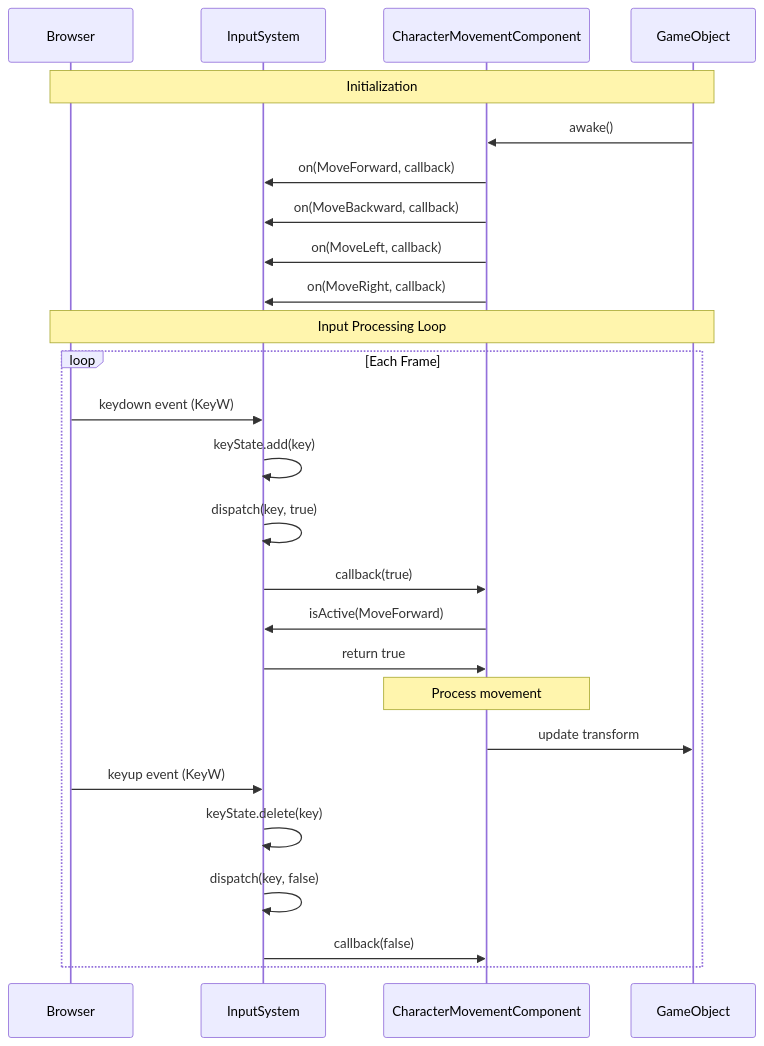
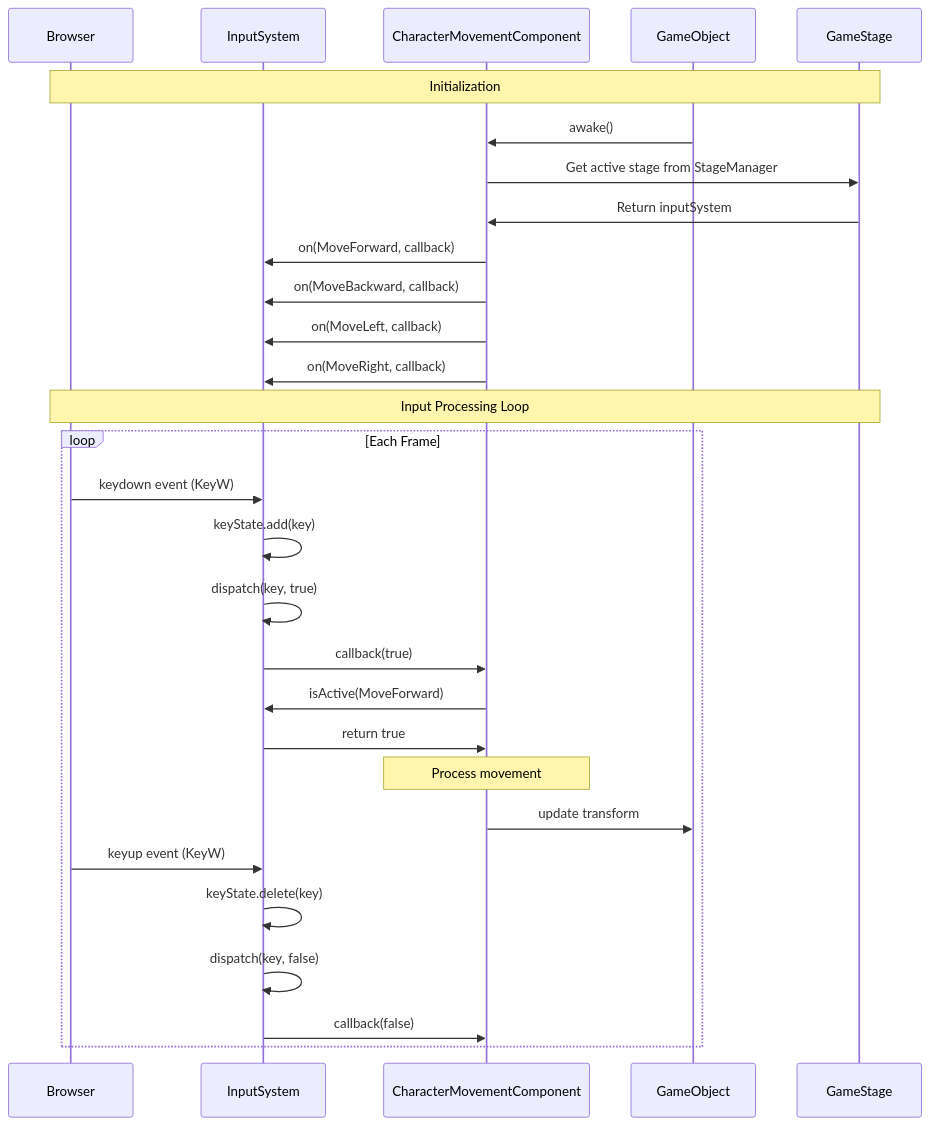
Before and after one commit to Corysia/kitchen-chaos: the fourth of 4 diagrams in DOCUMENTATION.md, drawn with Mermaid. The commit also changed other lines of this file and 5 other files, not shown here.

````diff
--- a/DOCUMENTATION.md
+++ b/DOCUMENTATION.md
@@ -582,33 +681,36 @@
 ```mermaid
 sequenceDiagram
     participant Browser
     participant InputSystem
     participant CharacterMovementComponent
     participant GameObject
+    participant GameStage
     
-    Note over Browser,GameObject: Initialization
+    Note over Browser,GameStage: Initialization
     GameObject->>CharacterMovementComponent: awake()
+    CharacterMovementComponent->>GameStage: Get active stage from StageManager
+    GameStage->>CharacterMovementComponent: Return inputSystem
     CharacterMovementComponent->>InputSystem: on(MoveForward, callback)
     CharacterMovementComponent->>InputSystem: on(MoveBackward, callback)
     CharacterMovementComponent->>InputSystem: on(MoveLeft, callback)
     CharacterMovementComponent->>InputSystem: on(MoveRight, callback)
     
-    Note over Browser,GameObject: Input Processing Loop
+    Note over Browser,GameStage: Input Processing Loop
     loop Each Frame
         Browser->>InputSystem: keydown event (KeyW)
         InputSystem->>InputSystem: keyState.add(key)
         InputSystem->>InputSystem: dispatch(key, true)
         InputSystem->>CharacterMovementComponent: callback(true)
         
         CharacterMovementComponent->>InputSystem: isActive(MoveForward)
         InputSystem->>CharacterMovementComponent: return true
         
         Note over CharacterMovementComponent: Process movement
         CharacterMovementComponent->>GameObject: update transform
         
         Browser->>InputSystem: keyup event (KeyW)
         InputSystem->>InputSystem: keyState.delete(key)
         InputSystem->>InputSystem: dispatch(key, false)
         InputSystem->>CharacterMovementComponent: callback(false)
     end
 ```
````
